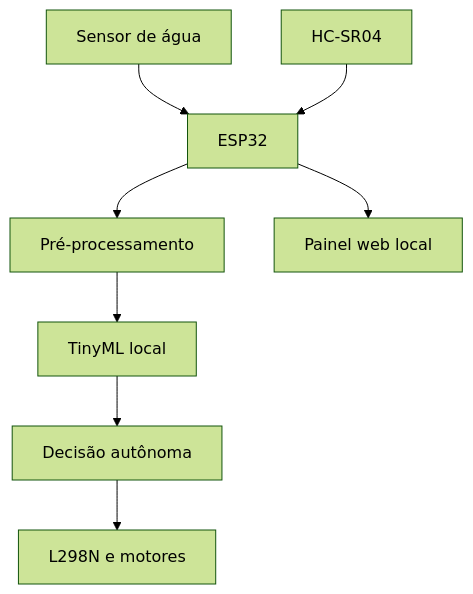
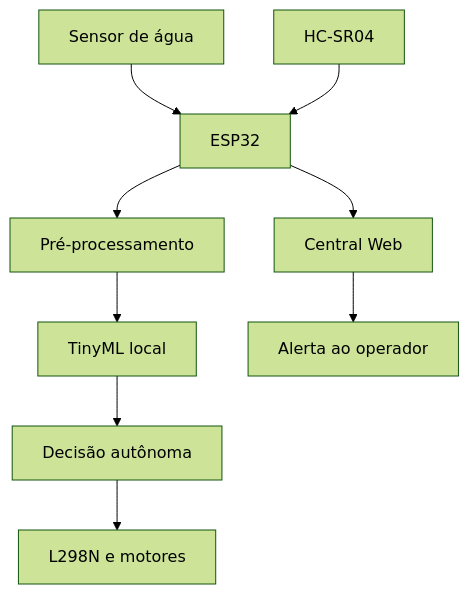
One commit to GabrielMachadoCP/ProjetoCarrinho changed the diagram in README.md. Above: the diagram before and after it, drawn with Mermaid (forest theme). The commit also changed other lines of this file and 13 other files, not shown here.

Commit message:
feat: adicionar Central Web com alerta de agua

````diff
--- a/README.md
+++ b/README.md
@@ -29,10 +30,11 @@
 ```mermaid
 flowchart TD
     A["Sensor de água"] --> D["ESP32"]
     B["HC-SR04"] --> D
     D --> E["Pré-processamento"]
     E --> F["TinyML local"]
     F --> G["Decisão autônoma"]
     G --> H["L298N e motores"]
-    D --> I["Painel web local"]
+    D --> I["Central Web"]
+    I --> J["Alerta ao operador"]
 ```
````
